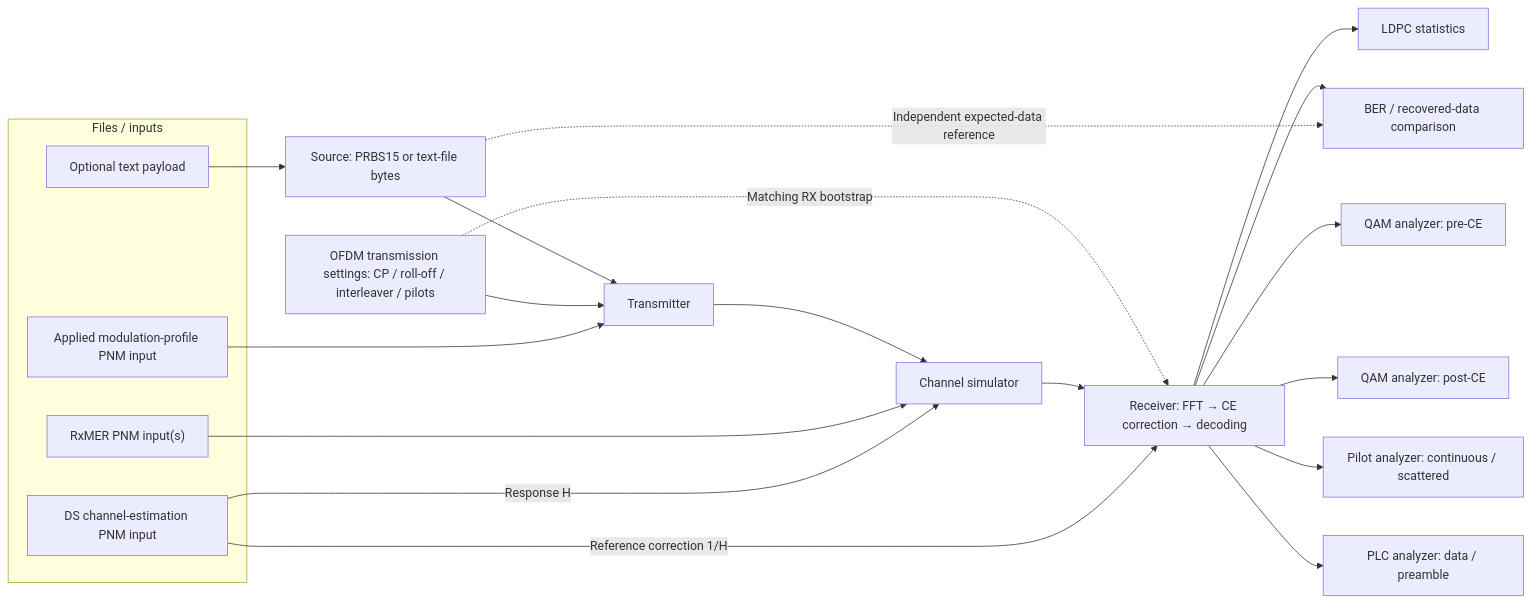
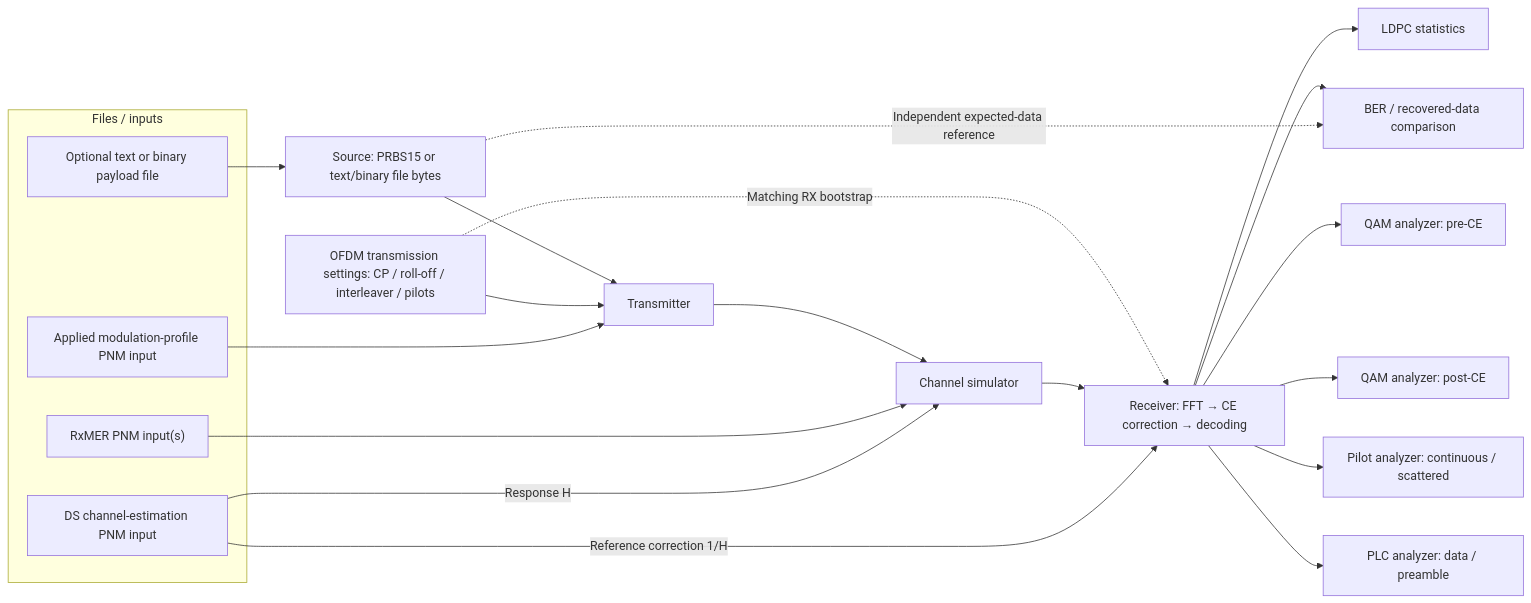
Before and after one commit to mgarcia01752/merlin: the diagram in docs/development/features/visual-workspace/plan.md, drawn with Mermaid. The commit also changed other lines of this file and 2 other files, not shown here.

````diff
--- a/docs/development/features/visual-workspace/plan.md
+++ b/docs/development/features/visual-workspace/plan.md
@@ -17,36 +17,36 @@
 ```mermaid
 flowchart LR
     subgraph FILES["Files / inputs"]
-        TEXT["Optional text payload"]
+        FILE["Optional text or binary payload file"]
         PROFILE["Applied modulation-profile PNM input"]
         MER["RxMER PNM input(s)"]
         CE["DS channel-estimation PNM input"]
     end
-    SRC["Source: PRBS15 or text-file bytes"]
+    SRC["Source: PRBS15 or text/binary file bytes"]
     SETTINGS["OFDM transmission settings: CP / roll-off / interleaver / pilots"]
     TX["Transmitter"]
     CH["Channel simulator"]
     RX["Receiver: FFT → CE correction → decoding"]
     BER["BER / recovered-data comparison"]
     LDPC["LDPC statistics"]
     PRE["QAM analyzer: pre-CE"]
     POST["QAM analyzer: post-CE"]
     PILOT["Pilot analyzer: continuous / scattered"]
     PLC["PLC analyzer: data / preamble"]
-    TEXT --> SRC
+    FILE --> SRC
     SRC --> TX
     SETTINGS --> TX
     SETTINGS -. "Matching RX bootstrap" .-> RX
     PROFILE --> TX
     TX --> CH --> RX
     MER --> CH
     CE -->|"Response H"| CH
     CE -->|"Reference correction 1/H"| RX
     RX --> LDPC
     RX --> BER
     SRC -. "Independent expected-data reference" .-> BER
     RX --> PRE
     RX --> POST
     RX --> PILOT
     RX --> PLC
 ```
````
